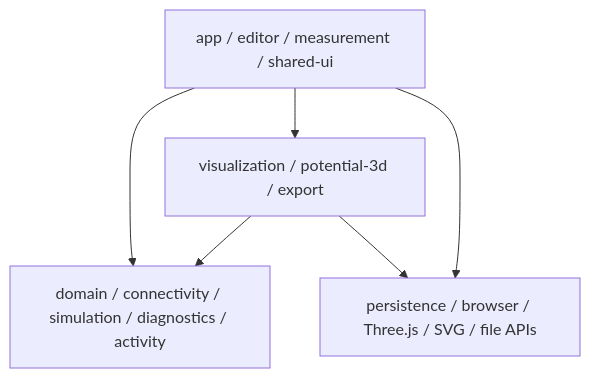
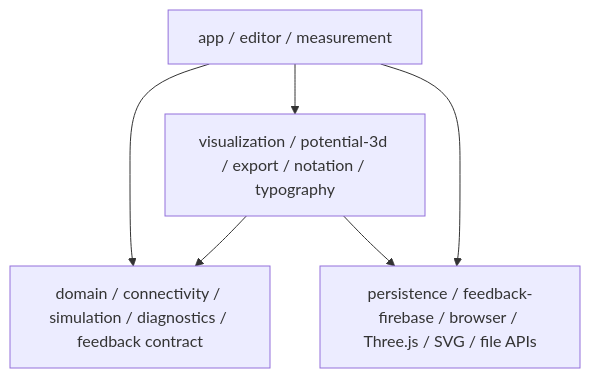
The diagram in docs/architecture/overview.md (Cho-WH/circuit), drawn with Mermaid before and after one commit. The commit also changed other lines of this file and 73 other files, not shown here.

````diff
--- a/docs/architecture/overview.md
+++ b/docs/architecture/overview.md
@@ -13,13 +13,13 @@
 ```mermaid
 flowchart TB
-    UI[app / editor / measurement / shared-ui]
-    VIEW[visualization / potential-3d / export]
-    CORE[domain / connectivity / simulation / diagnostics / activity]
-    INFRA[persistence / browser / Three.js / SVG / file APIs]
+    UI[app / editor / measurement]
+    VIEW[visualization / potential-3d / export / notation / typography]
+    CORE[domain / connectivity / simulation / diagnostics / feedback contract]
+    INFRA[persistence / feedback-firebase / browser / Three.js / SVG / file APIs]
 
     UI --> CORE
     VIEW --> CORE
     UI --> VIEW
     UI --> INFRA
     VIEW --> INFRA
 ```
````
